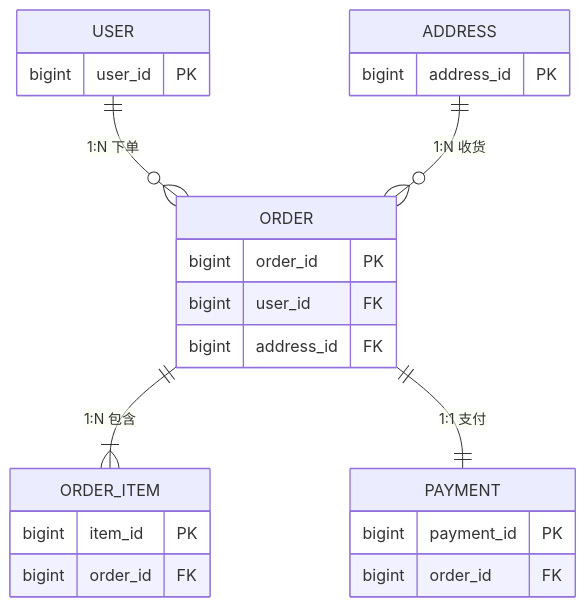
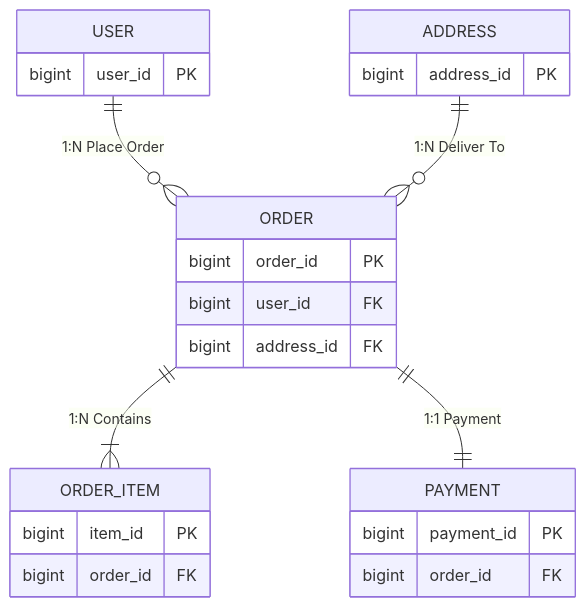
Before and after one commit to Kirky-X/cangjie: the fourth of 11 diagrams in templates/产品/技术层/【模板】数据库设计文档规范.md, drawn with Mermaid. The commit also changed other lines of this file and 60 other files, not shown here.

````diff
--- a/templates/产品/技术层/【模板】数据库设计文档规范.md
+++ b/templates/产品/技术层/【模板】数据库设计文档规范.md
@@ -287,27 +287,27 @@
 ```mermaid
 erDiagram
-    USER ||--o{ ORDER : "1:N 下单"
-    ADDRESS ||--o{ ORDER : "1:N 收货"
-    ORDER ||--|{ ORDER_ITEM : "1:N 包含"
-    ORDER ||--|| PAYMENT : "1:1 支付"
+    USER ||--o{ ORDER : "1:N Place Order"
+    ADDRESS ||--o{ ORDER : "1:N Deliver To"
+    ORDER ||--|{ ORDER_ITEM : "1:N Contains"
+    ORDER ||--|| PAYMENT : "1:1 Payment"
 
     USER {
         bigint user_id PK
     }
     ORDER {
         bigint order_id PK
         bigint user_id FK
         bigint address_id FK
     }
     ORDER_ITEM {
         bigint item_id PK
         bigint order_id FK
     }
     PAYMENT {
         bigint payment_id PK
         bigint order_id FK
     }
     ADDRESS {
         bigint address_id PK
     }
 ```
````
